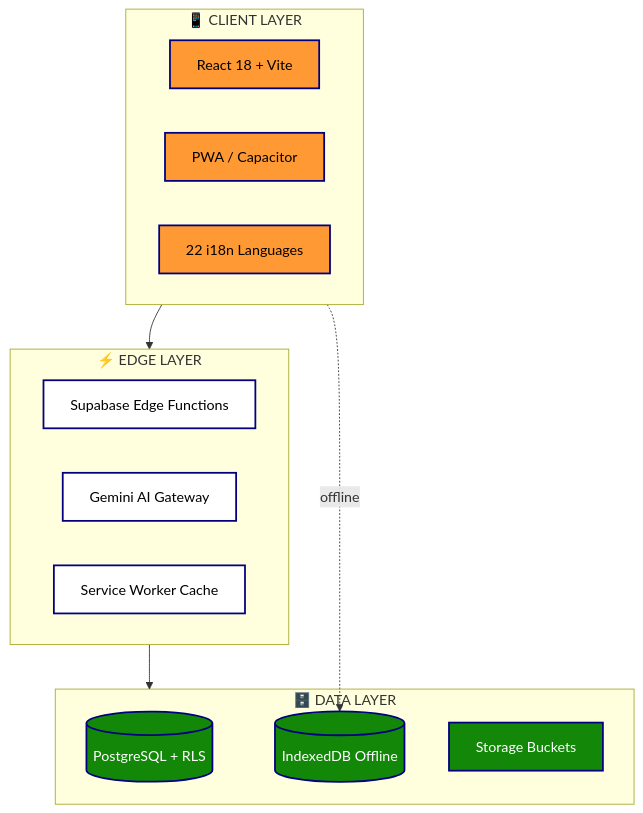
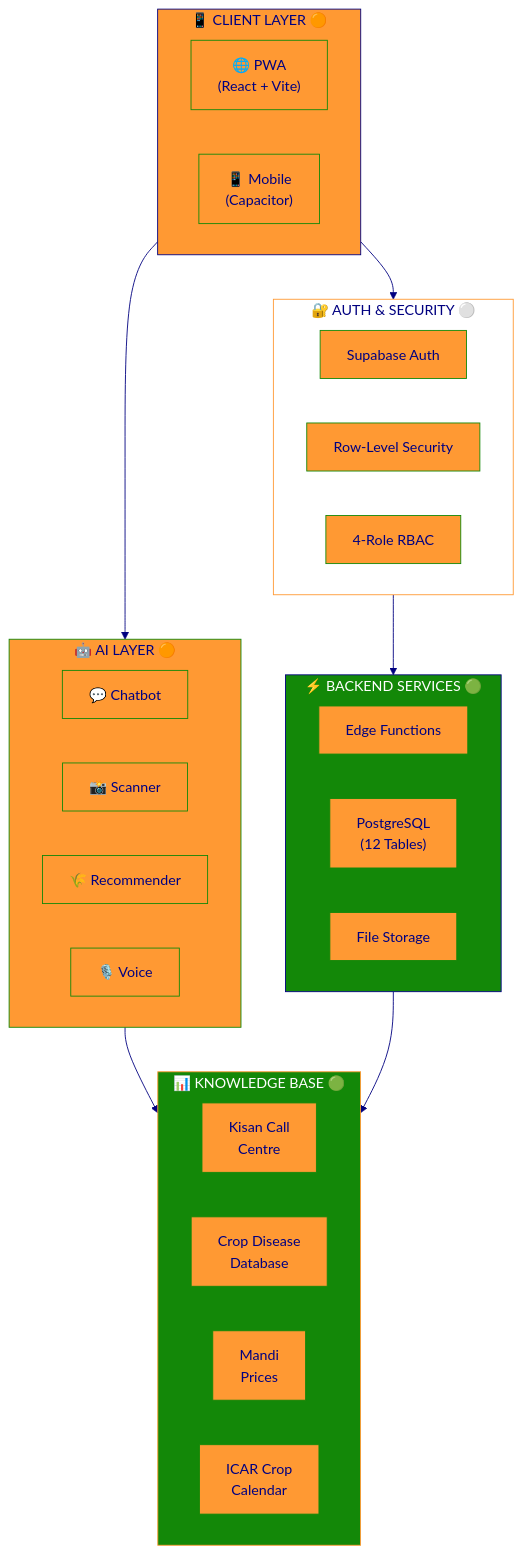
One commit to Samrudh2006/Farm_Intellect changed the first of 2 diagrams in README.md. Above: the diagram before and after it, drawn with Mermaid. The commit also changed other lines of this file, not shown here.

````diff
--- a/README.md
+++ b/README.md
@@ -209,27 +367,87 @@
 ```mermaid
+
+%%{init: {'theme': 'base', 'themeVariables': { 'primaryColor': '#FF9933', 'primaryTextColor': '#000080', 'primaryBorderColor': '#138808', 'lineColor': '#000080', 'secondaryColor': '#FFFFFF', 'tertiaryColor': '#138808'}}}%%
+
 flowchart TB
-    subgraph Client["📱 CLIENT LAYER"]
-        A[React 18 + Vite]:::saffron
-        B[PWA / Capacitor]:::saffron
-        C[22 i18n Languages]:::saffron
+
+    subgraph Client["📱 CLIENT LAYER 🟠"]
+
+        direction LR
+
+        PWA["🌐 PWA<br/>(React + Vite)"]
+
+        CAP["📱 Mobile<br/>(Capacitor)"]
+
     end
 
-    subgraph Edge["⚡ EDGE LAYER"]
-        D[Supabase Edge Functions]:::white
-        E[Gemini AI Gateway]:::white
-        F[Service Worker Cache]:::white
+    subgraph Auth["🔐 AUTH & SECURITY ⚪"]
+
+        direction LR
+
+        SA["Supabase Auth"]
+
+        RLS["Row-Level Security"]
+
+        RBAC["4-Role RBAC"]
+
     end
 
-    subgraph Data["🗄️ DATA LAYER"]
-        G[(PostgreSQL + RLS)]:::green
-        H[(IndexedDB Offline)]:::green
-        I[Storage Buckets]:::green
+    subgraph Backend["⚡ BACKEND SERVICES 🟢"]
+
+        direction LR
+
+        EF["Edge Functions"]
+
+        DB["PostgreSQL<br/>(12 Tables)"]
+
+        ST["File Storage"]
+
     end
 
-    Client --> Edge --> Data
-    Client -.offline.-> H
+    subgraph AI["🤖 AI LAYER 🟠"]
 
-    classDef saffron fill:#FF9933,stroke:#000080,color:#000,stroke-width:2px
-    classDef white fill:#FFFFFF,stroke:#000080,color:#000,stroke-width:2px
-    classDef green fill:#138808,stroke:#000080,color:#fff,stroke-width:2px
+        direction LR
+
+        CHAT["💬 Chatbot"]
+
+        SCAN["📸 Scanner"]
+
+        REC["🌾 Recommender"]
+
+        VOICE["🎙️ Voice"]
+
+    end
+
+    subgraph Data["📊 KNOWLEDGE BASE 🟢"]
+
+        direction LR
+
+        KCC["Kisan Call<br/>Centre"]
+
+        CROP["Crop Disease<br/>Database"]
+
+        MANDI["Mandi<br/>Prices"]
+
+        CAL["ICAR Crop<br/>Calendar"]
+
+    end
+
+    Client --> Auth --> Backend
+
+    Client --> AI
+
+    AI --> Data
+
+    Backend --> Data
+
+    style Client fill:#FF9933,stroke:#000080,color:#000080
+
+    style Auth fill:#FFFFFF,stroke:#FF9933,color:#000080
+
+    style Backend fill:#138808,stroke:#000080,color:#FFFFFF
+
+    style AI fill:#FF9933,stroke:#138808,color:#000080
+
+    style Data fill:#138808,stroke:#FF9933,color:#FFFFFF
+
 ```
````
